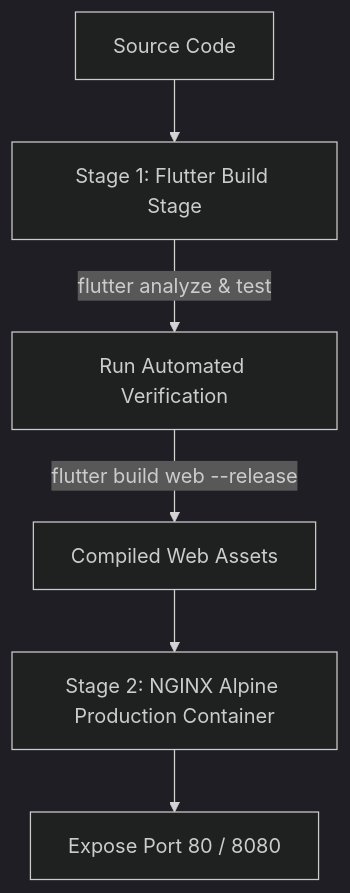
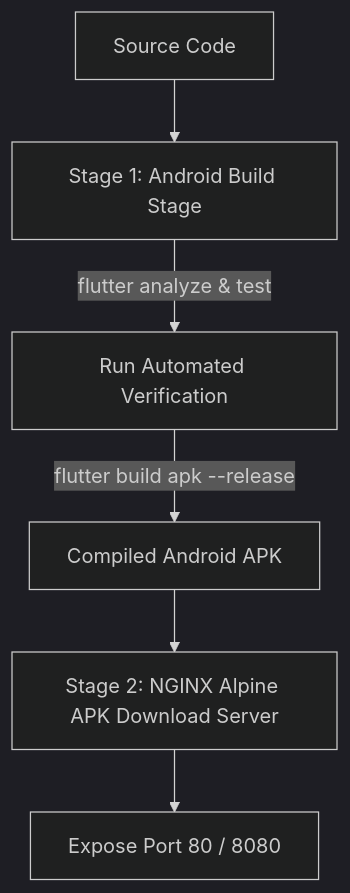
Before and after one commit to Thes-IS-IT/Easylens: the diagram in DOCKER.md, drawn with Mermaid (dark theme). The commit also changed other lines of this file and 4 other files, not shown here.

Commit message:
Target Mobile Android APK build in Docker container (flutter build apk --release) & serve mobile APK download server

````diff
--- a/DOCKER.md
+++ b/DOCKER.md
@@ -11,8 +11,8 @@
 ```mermaid
 graph TD
-    A[Source Code] --> B[Stage 1: Flutter Build Stage]
+    A[Source Code] --> B[Stage 1: Android Build Stage]
     B -->|flutter analyze & test| C[Run Automated Verification]
-    C -->|flutter build web --release| D[Compiled Web Assets]
-    D --> E[Stage 2: NGINX Alpine Production Container]
+    C -->|flutter build apk --release| D[Compiled Android APK]
+    D --> E[Stage 2: NGINX Alpine APK Download Server]
     E --> F[Expose Port 80 / 8080]
 ```
````
